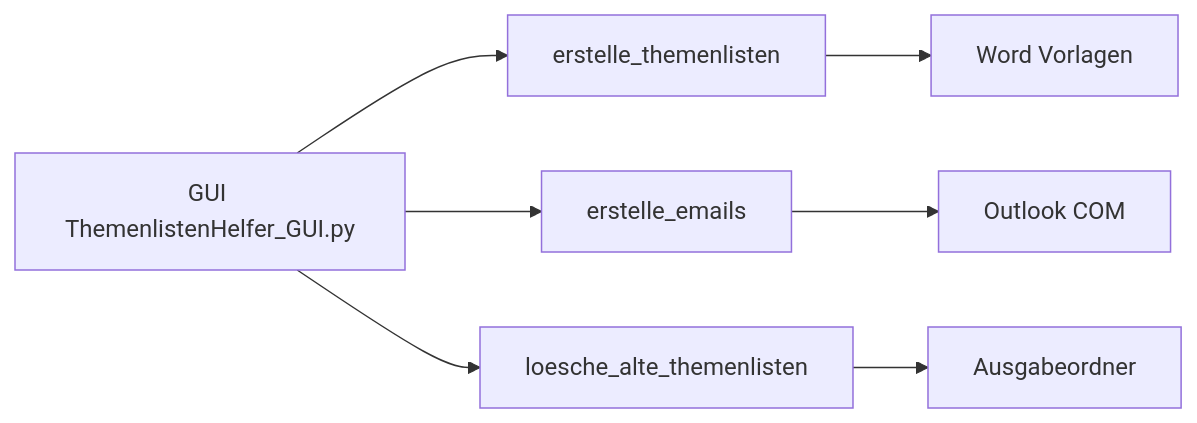
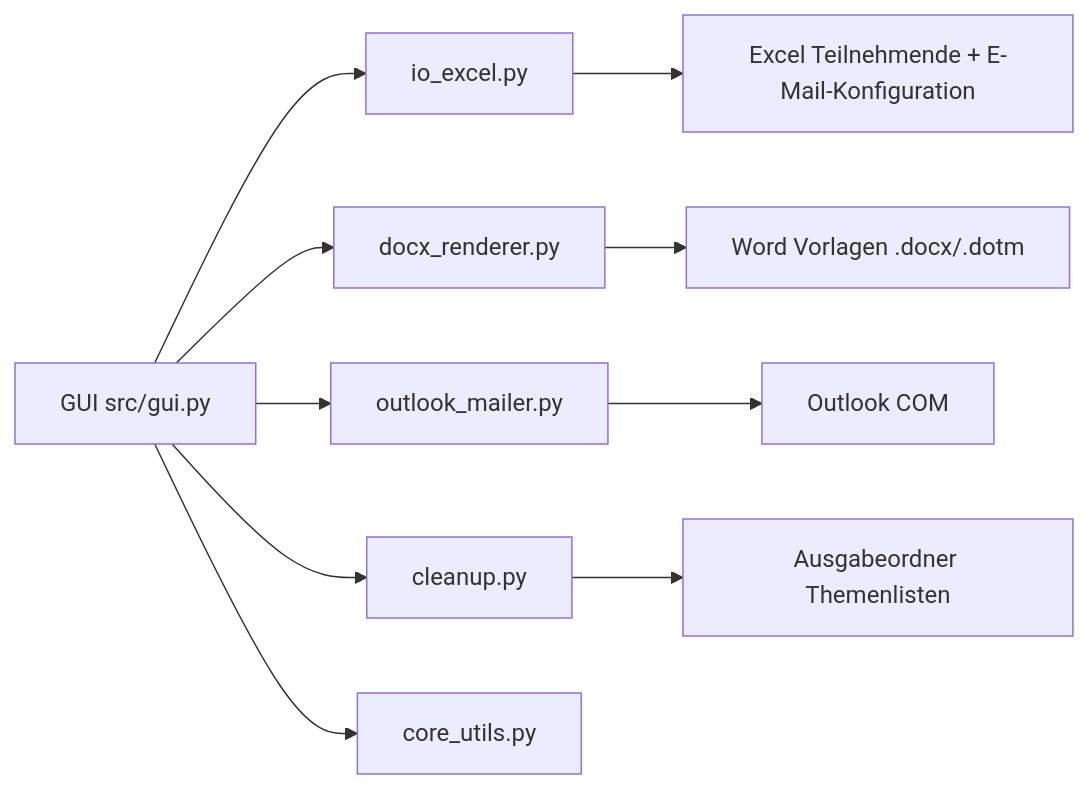
One commit to GoroTech-Tools/Themenlisten-Helfer changed the diagram in docs/diagramme/technik_systemuebersicht.mmd. Above: the diagram before and after it, drawn with Mermaid. The commit also changed 22 other files, not shown here.

```diff
--- a/docs/diagramme/technik_systemuebersicht.mmd
+++ b/docs/diagramme/technik_systemuebersicht.mmd
@@ -1,7 +1,11 @@
 flowchart LR
-    A[GUI ThemenlistenHelfer_GUI.py] --> B[erstelle_themenlisten]
-    A --> C[erstelle_emails]
-    A --> D[loesche_alte_themenlisten]
-    B --> E[Word Vorlagen]
-    C --> F[Outlook COM]
-    D --> G[Ausgabeordner]
+    A[GUI src/gui.py] --> B[io_excel.py]
+    A --> C[docx_renderer.py]
+    A --> D[outlook_mailer.py]
+    A --> E[cleanup.py]
+    A --> F[core_utils.py]
+
+    B --> G[Excel Teilnehmende + E-Mail-Konfiguration]
+    C --> H[Word Vorlagen .docx/.dotm]
+    D --> I[Outlook COM]
+    E --> J[Ausgabeordner Themenlisten]
```
